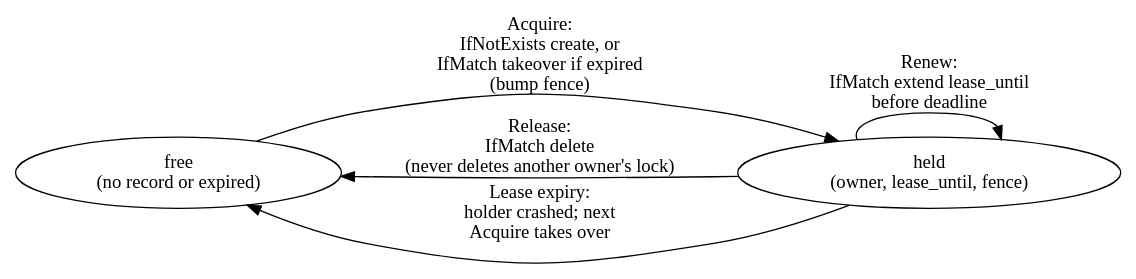
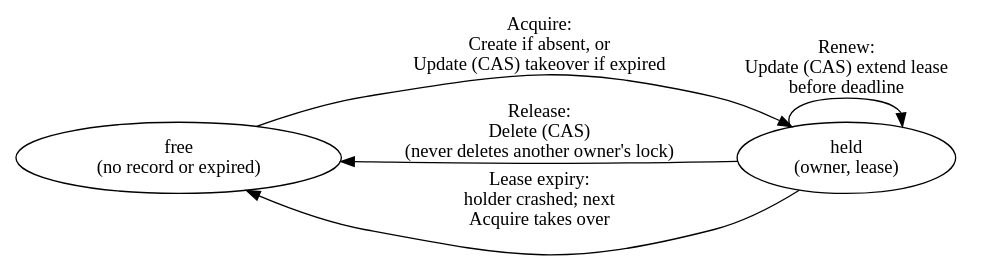
One commit to yolocs/blobster changed the diagram in docs/architecture.md. Above: the diagram before and after it, drawn with Graphviz. The commit also changed other lines of this file and 3 other files, not shown here.

Commit message:
Add lease-based distributed lock (#6)

````diff
--- a/docs/architecture.md
+++ b/docs/architecture.md
@@ -323,11 +341,11 @@
 ```dot
 digraph lock {
   rankdir=LR;
   free      [label="free\n(no record or expired)"];
-  held      [label="held\n(owner, lease_until, fence)"];
-  free -> held  [label="Acquire:\nIfNotExists create, or\nIfMatch takeover if expired\n(bump fence)"];
-  held -> held  [label="Renew:\nIfMatch extend lease_until\nbefore deadline"];
-  held -> free  [label="Release:\nIfMatch delete\n(never deletes another owner's lock)"];
+  held      [label="held\n(owner, lease)"];
+  free -> held  [label="Acquire:\nCreate if absent, or\nUpdate (CAS) takeover if expired"];
+  held -> held  [label="Renew:\nUpdate (CAS) extend lease\nbefore deadline"];
+  held -> free  [label="Release:\nDelete (CAS)\n(never deletes another owner's lock)"];
   held -> free  [label="Lease expiry:\nholder crashed; next\nAcquire takes over"];
 }
 ```
````
